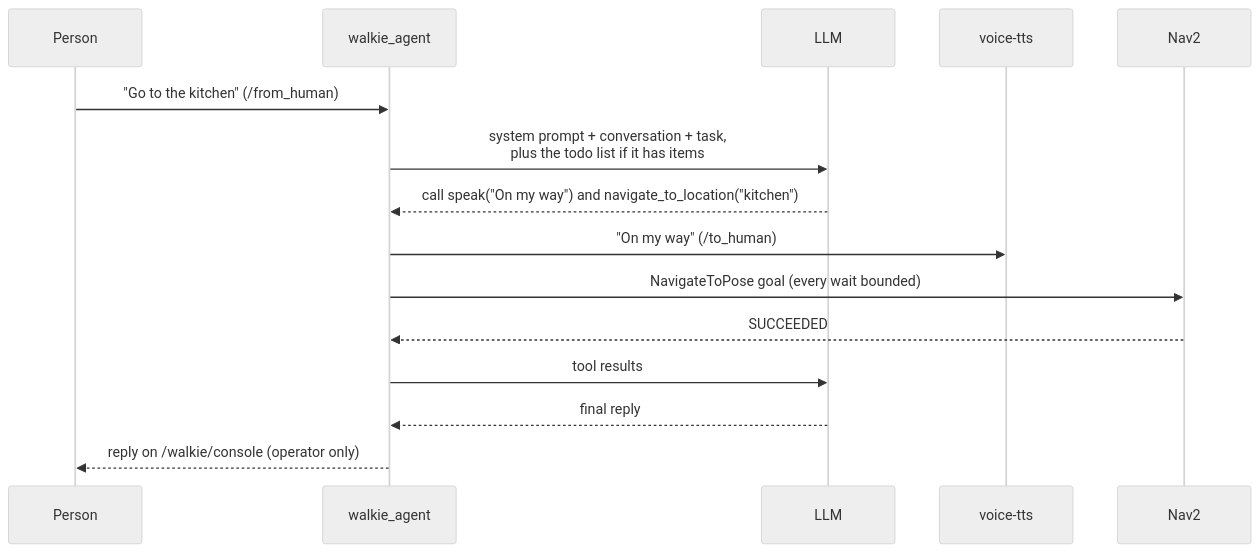
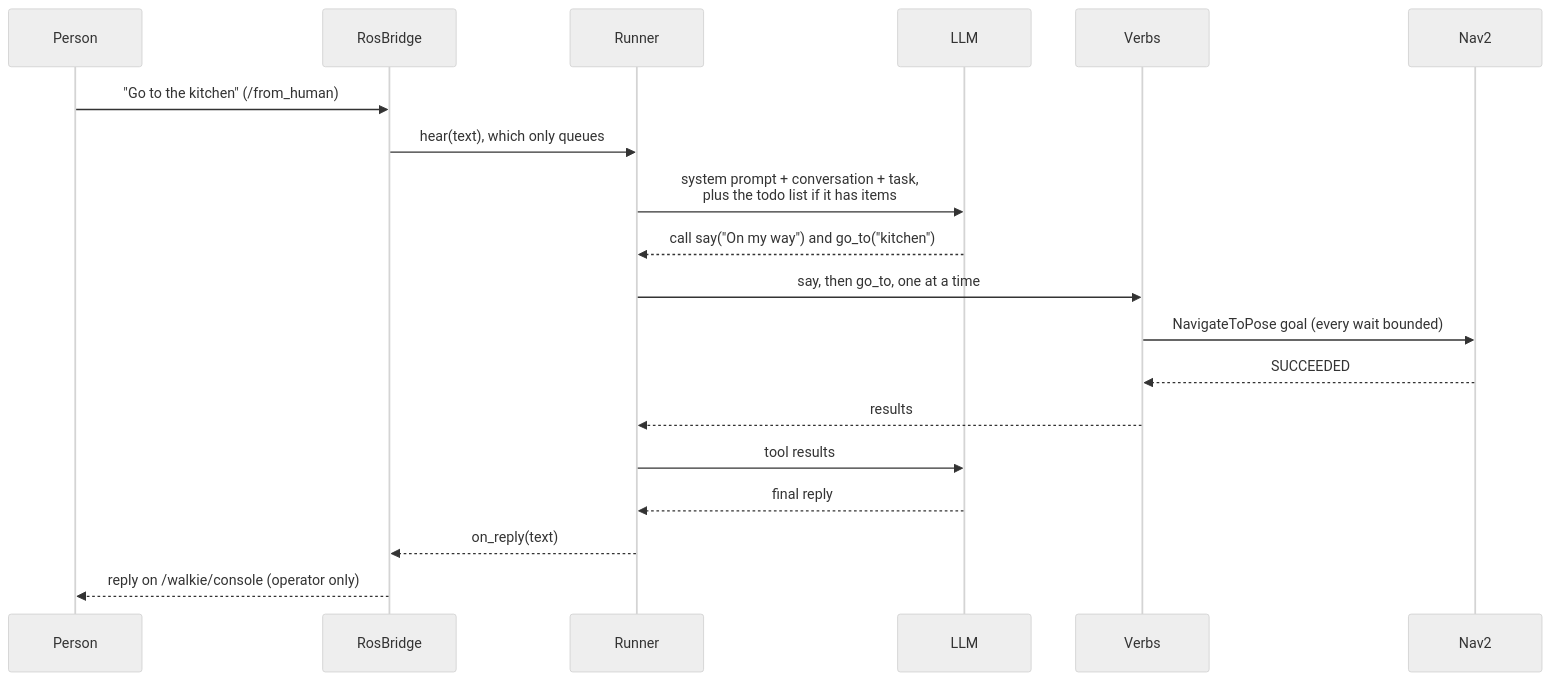
The second of 4 diagrams in docs/architecture/agent.md (EIC-Robocup-2026/walkie-agent-ros), drawn with Mermaid (neutral theme) before and after one commit. The commit also changed other lines of this file and 1 other file, not shown here.

Commit message:
docs: describe the assembled agent, its ROS wrappers and the limits of the evidence

````diff
--- a/docs/architecture/agent.md
+++ b/docs/architecture/agent.md
@@ -110,18 +159,22 @@
 ```mermaid
 sequenceDiagram
   participant P as Person
-  participant A as walkie_agent
+  participant B as RosBridge
+  participant R as Runner
   participant L as LLM
-  participant T as voice-tts
+  participant V as Verbs
   participant N as Nav2
 
-  P->>A: "Go to the kitchen" (/from_human)
-  A->>L: system prompt + conversation + task,<br/>plus the todo list if it has items
-  L-->>A: call speak("On my way") and navigate_to_location("kitchen")
-  A->>T: "On my way" (/to_human)
-  A->>N: NavigateToPose goal (every wait bounded)
-  N-->>A: SUCCEEDED
-  A->>L: tool results
-  L-->>A: final reply
-  A-->>P: reply on /walkie/console (operator only)
+  P->>B: "Go to the kitchen" (/from_human)
+  B->>R: hear(text), which only queues
+  R->>L: system prompt + conversation + task,<br/>plus the todo list if it has items
+  L-->>R: call say("On my way") and go_to("kitchen")
+  R->>V: say, then go_to, one at a time
+  V->>N: NavigateToPose goal (every wait bounded)
+  N-->>V: SUCCEEDED
+  V-->>R: results
+  R->>L: tool results
+  L-->>R: final reply
+  R-->>B: on_reply(text)
+  B-->>P: reply on /walkie/console (operator only)
 ```
````
